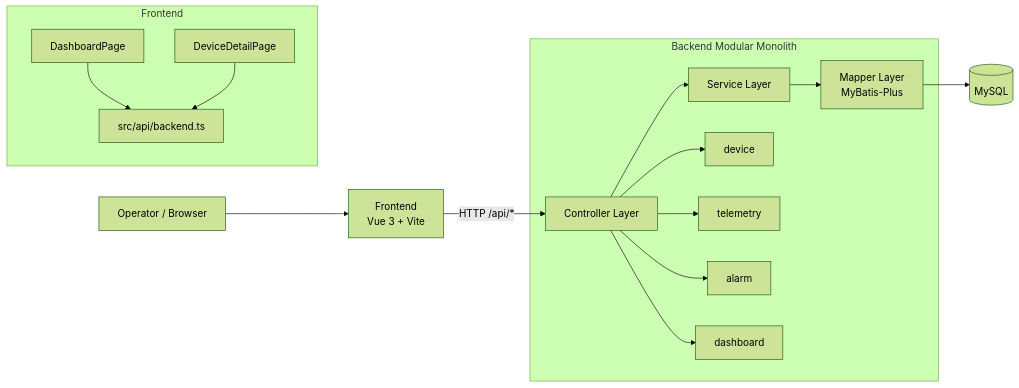
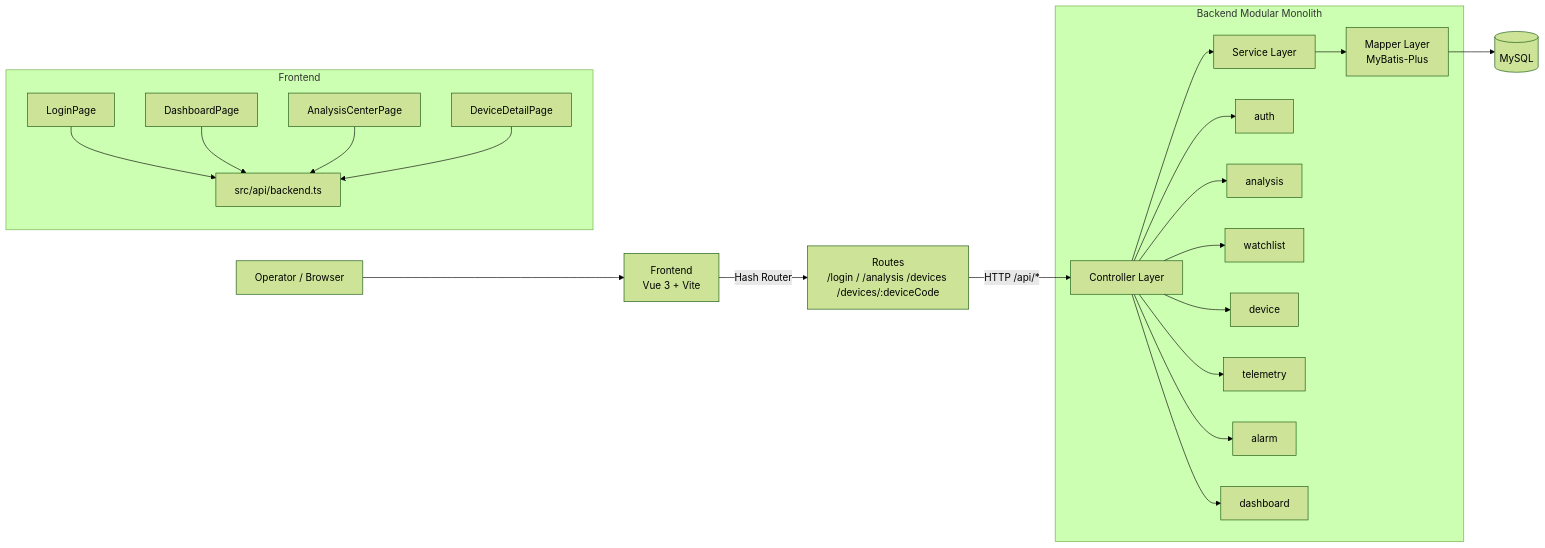
One commit to zzulfy/TwinOps changed the first of 2 diagrams in README.md. Above: the diagram before and after it, drawn with Mermaid (forest theme). The commit also changed other lines of this file and 84 other files, not shown here.

````diff
--- a/README.md
+++ b/README.md
@@ -26,30 +26,41 @@
 ```mermaid
 flowchart LR
     U[Operator / Browser] --> F[Frontend<br/>Vue 3 + Vite]
-    F -->|HTTP /api/*| C[Controller Layer]
+    F -->|Hash Router| R[Routes<br/>/login / /analysis /devices /devices/:deviceCode]
+    R -->|HTTP /api/*| C[Controller Layer]
     C --> S[Service Layer]
     S --> M[Mapper Layer<br/>MyBatis-Plus]
     M --> D[(MySQL)]
 
     subgraph Frontend
+      P0[LoginPage]
       P1[DashboardPage]
-      P2[DeviceDetailPage]
+      P2[AnalysisCenterPage]
+      P3[DeviceDetailPage]
       API[src/api/backend.ts]
+      P0 --> API
       P1 --> API
       P2 --> API
+      P3 --> API
     end
 
     subgraph Backend Modular Monolith
       C
       S
       M
+      AU[auth]
+      AN[analysis]
+      WL[watchlist]
       DM[device]
       TM[telemetry]
       AM[alarm]
       GM[dashboard]
+      C --> AU
+      C --> AN
+      C --> WL
       C --> DM
       C --> TM
       C --> AM
       C --> GM
     end
 ```
````
